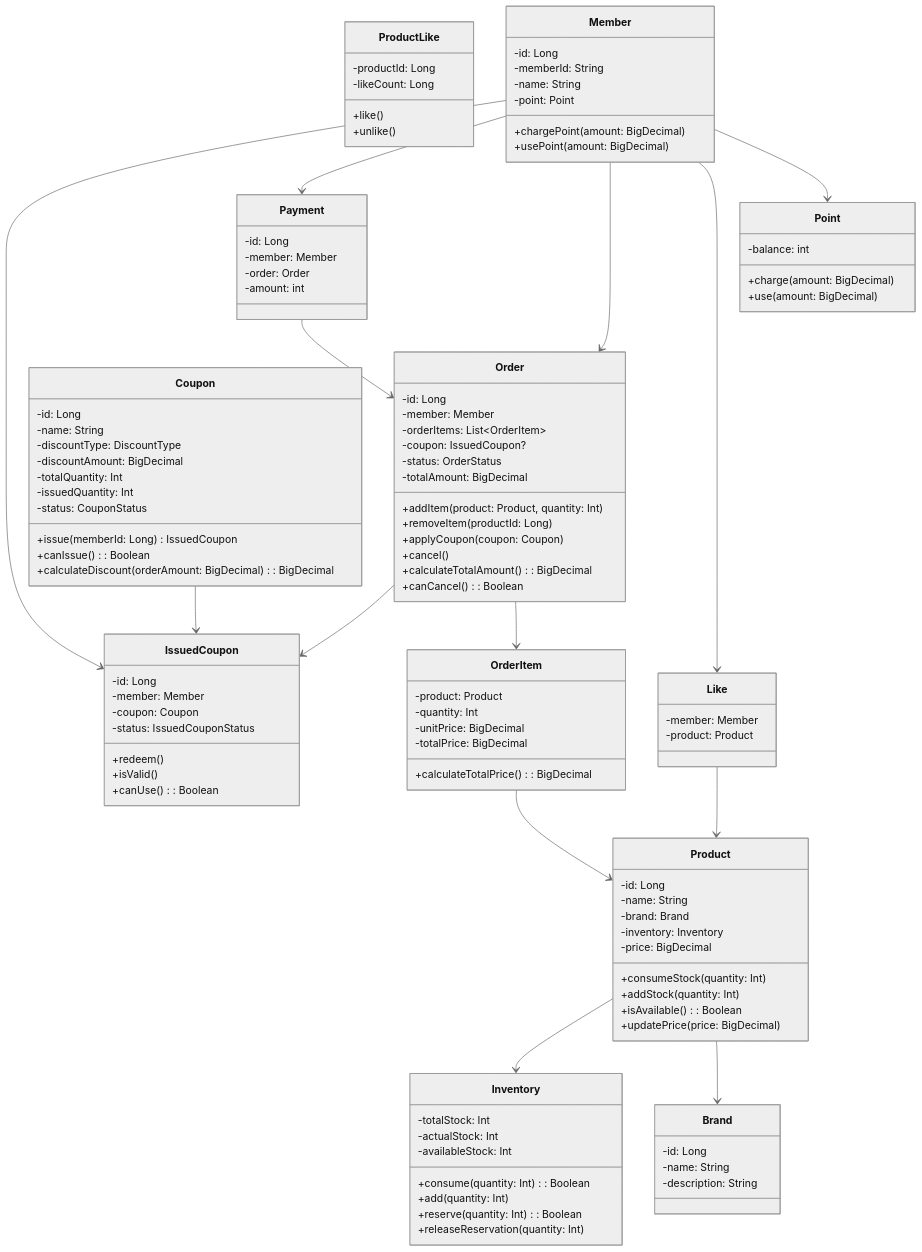
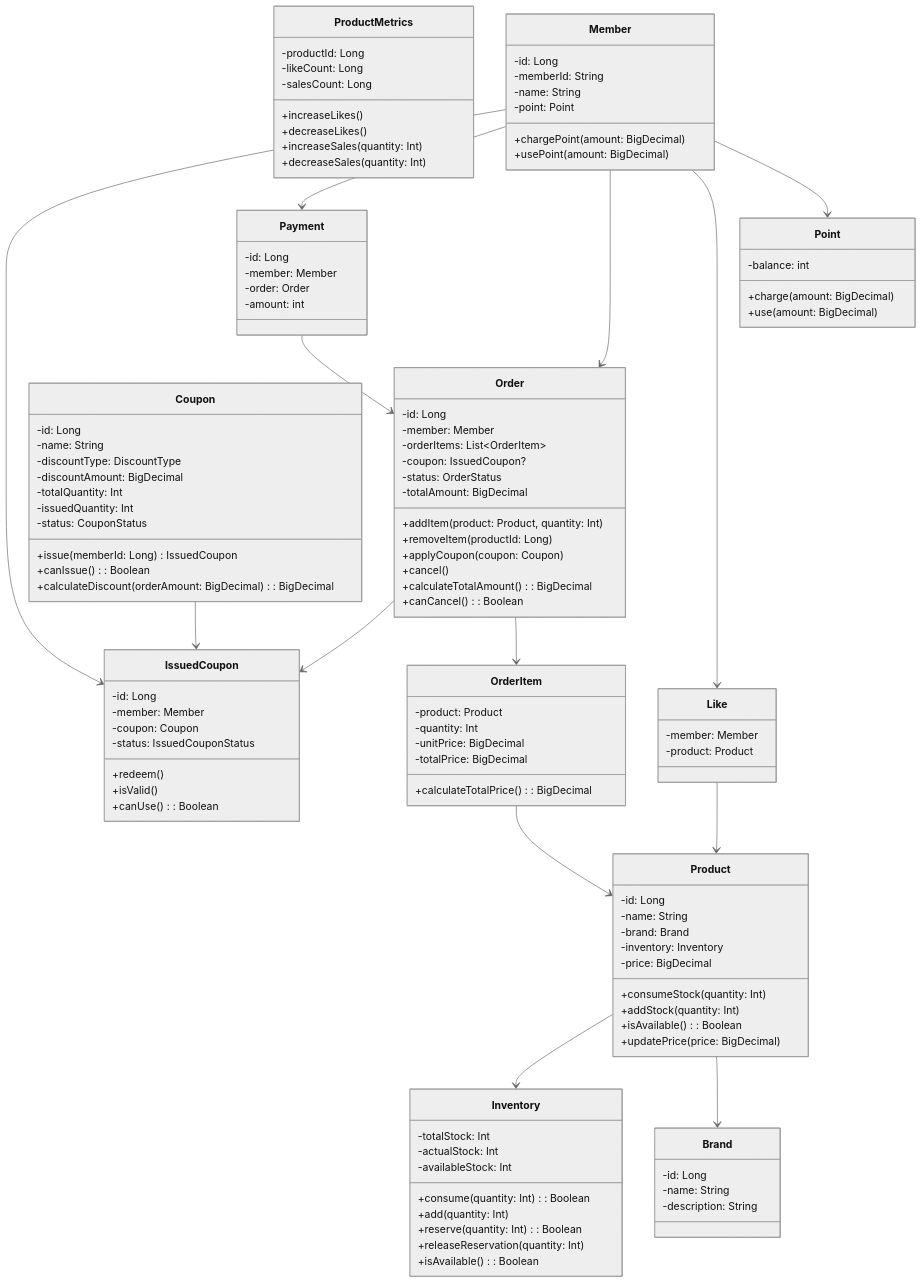
One commit to o3ozzvb/kotlin-ecommerce changed the diagram in docs/design/03-class-diagrams.md. Above: the diagram before and after it, drawn with Mermaid (neutral theme). The commit also changed 91 other files, not shown here.

```diff
--- a/docs/design/03-class-diagrams.md
+++ b/docs/design/03-class-diagrams.md
@@ -12,11 +12,14 @@
     +isAvailable(): Boolean
     +updatePrice(price: BigDecimal)
   }
-  class ProductLike { 
+  class ProductMetrics { 
       -productId: Long
       -likeCount: Long
-      +like()
-      +unlike()
+      -salesCount: Long
+      +increaseLikes()
+      +decreaseLikes()
+      +increaseSales(quantity: Int)
+      +decreaseSales(quantity: Int)
   }
   class Inventory {
 	  -totalStock: Int 
@@ -26,6 +29,7 @@
 	  +add(quantity: Int)
 	  +reserve(quantity: Int): Boolean
 	  +releaseReservation(quantity: Int)
+	  +isAvailable(): Boolean
   }
   class Brand {
     -id: Long 
```
